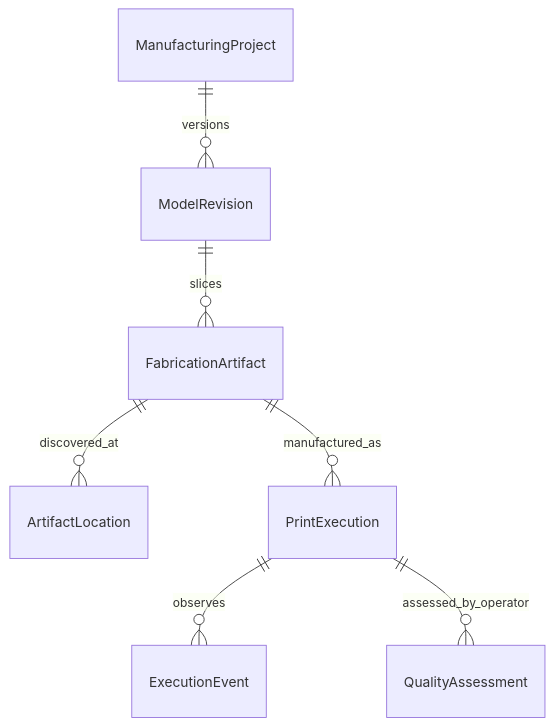
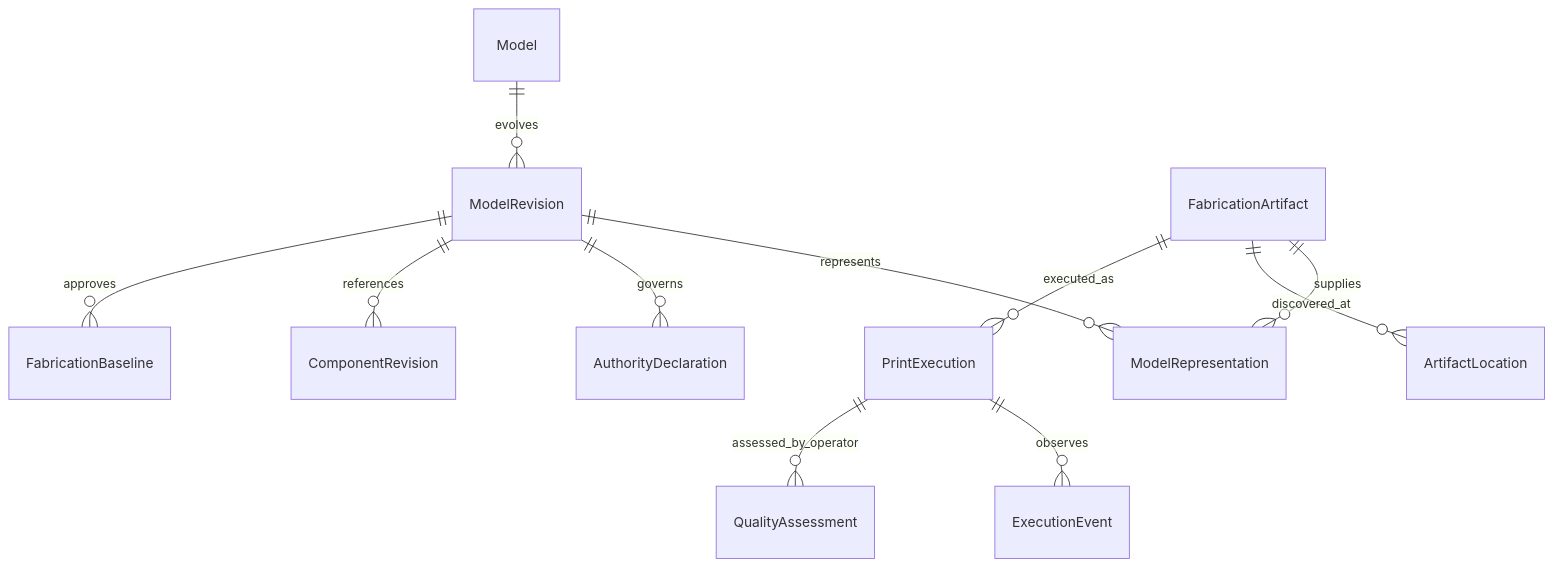
One commit to Cdaprod/elegoo-neptune-2-3d-printer changed the diagram in docs/architecture/fabrication-lifecycle.md. Above: the diagram before and after it, drawn with Mermaid. The commit also changed other lines of this file and 14 other files, not shown here.

Commit message:
feat(lifecycle): complete model reconciliation, immutable baselines and execution observations

````diff
--- a/docs/architecture/fabrication-lifecycle.md
+++ b/docs/architecture/fabrication-lifecycle.md
@@ -9,9 +8,13 @@
 ```mermaid
 erDiagram
-    ManufacturingProject ||--o{ ModelRevision : versions
-    ModelRevision ||--o{ FabricationArtifact : slices
+    Model ||--o{ ModelRevision : evolves
+    ModelRevision ||--o{ ModelRepresentation : represents
+    FabricationArtifact ||--o{ ModelRepresentation : supplies
+    ModelRevision ||--o{ AuthorityDeclaration : governs
+    ModelRevision ||--o{ ComponentRevision : references
+    ModelRevision ||--o{ FabricationBaseline : approves
     FabricationArtifact ||--o{ ArtifactLocation : discovered_at
-    FabricationArtifact ||--o{ PrintExecution : manufactured_as
+    FabricationArtifact ||--o{ PrintExecution : executed_as
     PrintExecution ||--o{ ExecutionEvent : observes
     PrintExecution ||--o{ QualityAssessment : assessed_by_operator
 ```
````
